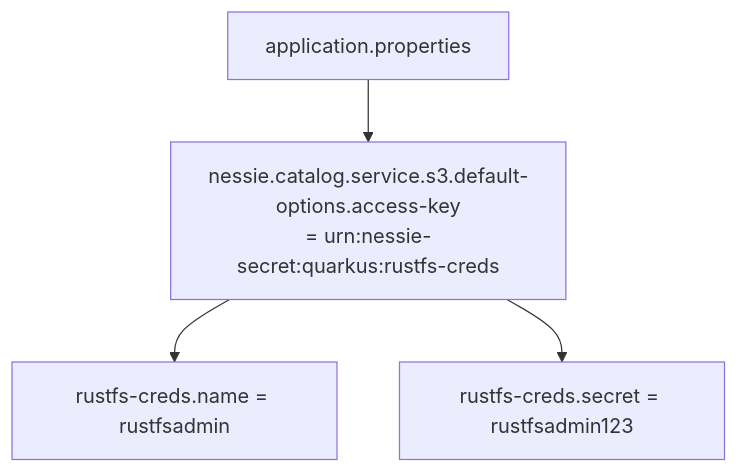
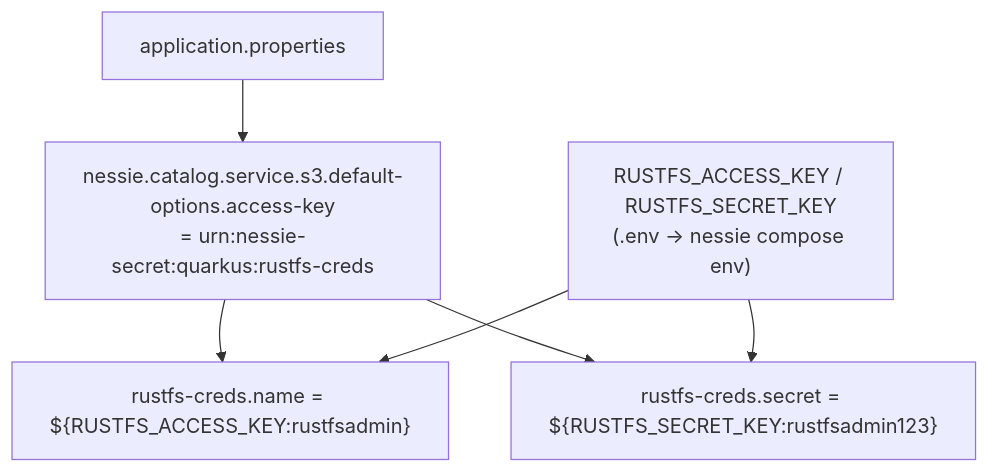
Before and after one commit to AhadMammad/ing-lakehouse: the fourth of 7 diagrams in docs/nessie/architecture.md, drawn with Mermaid. The commit also changed other lines of this file and 12 other files, not shown here.

````diff
--- a/docs/nessie/architecture.md
+++ b/docs/nessie/architecture.md
@@ -123,7 +123,10 @@
 ```mermaid
 flowchart TD
+    ENV["RUSTFS_ACCESS_KEY / RUSTFS_SECRET_KEY<br/>(.env → nessie compose env)"]
     PROP["application.properties"]
     PROP --> URN["nessie.catalog.service.s3.default-options.access-key<br/>= urn:nessie-secret:quarkus:rustfs-creds"]
-    URN --> NAME["rustfs-creds.name = rustfsadmin"]
-    URN --> SEC["rustfs-creds.secret = rustfsadmin123"]
+    URN --> NAME["rustfs-creds.name = ${RUSTFS_ACCESS_KEY:rustfsadmin}"]
+    URN --> SEC["rustfs-creds.secret = ${RUSTFS_SECRET_KEY:rustfsadmin123}"]
+    ENV --> NAME
+    ENV --> SEC
 ```
````
